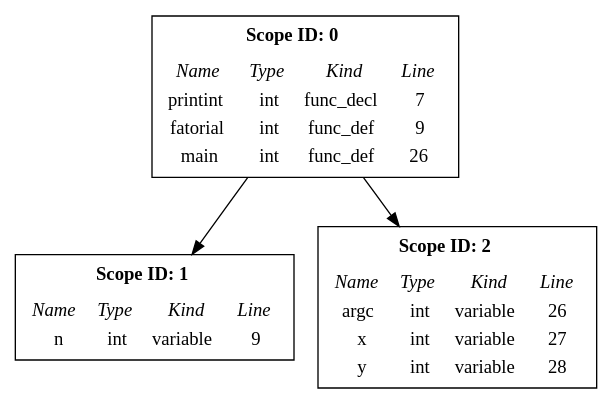
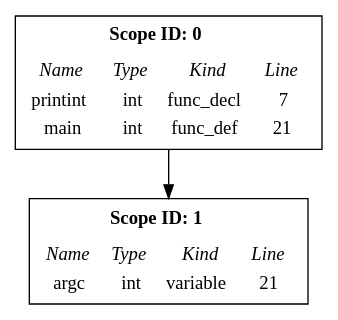
One commit to AlanVncs/compilador_1337 changed the diagram in table.dot. Above: the diagram before and after it, drawn with Graphviz. The commit also changed 6 other files, not shown here.

```diff
--- a/table.dot
+++ b/table.dot
@@ -1,83 +1,46 @@
 digraph {
 	graph [ordering="out"];
 	0[shape=record label=
 		<<table border="0">
 			<tr><td colspan="4"><b>Scope ID: 0</b></td></tr>
 			<tr><td></td></tr>
 			<tr>
 				<td><i>Name</i></td>
 				<td><i>Type</i></td>
 				<td><i>Kind</i></td>
 				<td><i>Line</i></td>
 			</tr>
 			<tr>
 				<td>printint</td>
 				<td>int</td>
 				<td>func_decl</td>
 				<td>7</td>
 			</tr>
 			<tr>
-				<td>fatorial</td>
-				<td>int</td>
-				<td>func_def</td>
-				<td>9</td>
-			</tr>
-			<tr>
 				<td>main</td>
 				<td>int</td>
 				<td>func_def</td>
-				<td>26</td>
+				<td>21</td>
 			</tr>
 		</table>>
 	];
 	1[shape=record label=
 		<<table border="0">
 			<tr><td colspan="4"><b>Scope ID: 1</b></td></tr>
 			<tr><td></td></tr>
 			<tr>
 				<td><i>Name</i></td>
 				<td><i>Type</i></td>
 				<td><i>Kind</i></td>
 				<td><i>Line</i></td>
 			</tr>
 			<tr>
-				<td>n</td>
+				<td>argc</td>
 				<td>int</td>
 				<td>variable</td>
-				<td>9</td>
+				<td>21</td>
 			</tr>
 		</table>>
 	];
 	0 -> 1
-	2[shape=record label=
-		<<table border="0">
-			<tr><td colspan="4"><b>Scope ID: 2</b></td></tr>
-			<tr><td></td></tr>
-			<tr>
-				<td><i>Name</i></td>
-				<td><i>Type</i></td>
-				<td><i>Kind</i></td>
-				<td><i>Line</i></td>
-			</tr>
-			<tr>
-				<td>argc</td>
-				<td>int</td>
-				<td>variable</td>
-				<td>26</td>
-			</tr>
-			<tr>
-				<td>x</td>
-				<td>int</td>
-				<td>variable</td>
-				<td>27</td>
-			</tr>
-			<tr>
-				<td>y</td>
-				<td>int</td>
-				<td>variable</td>
-				<td>28</td>
-			</tr>
-		</table>>
-	];
-	0 -> 2
 }
```
